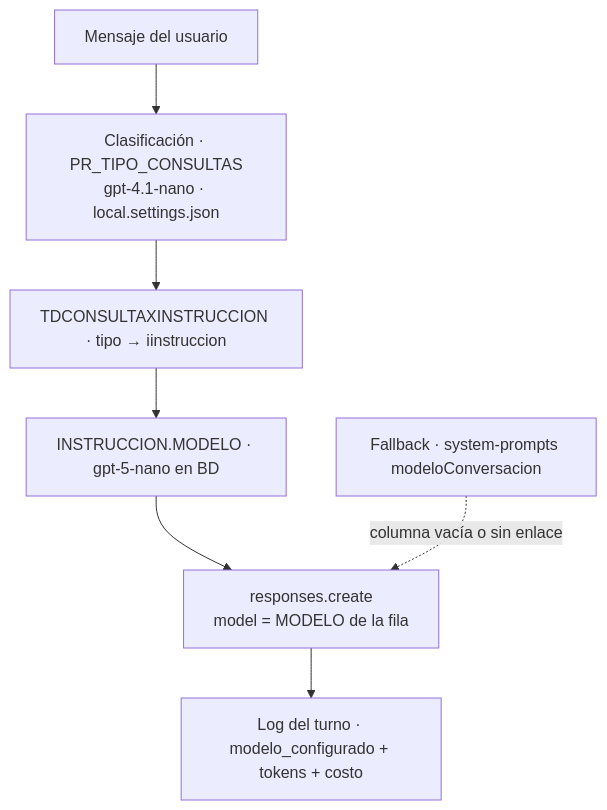
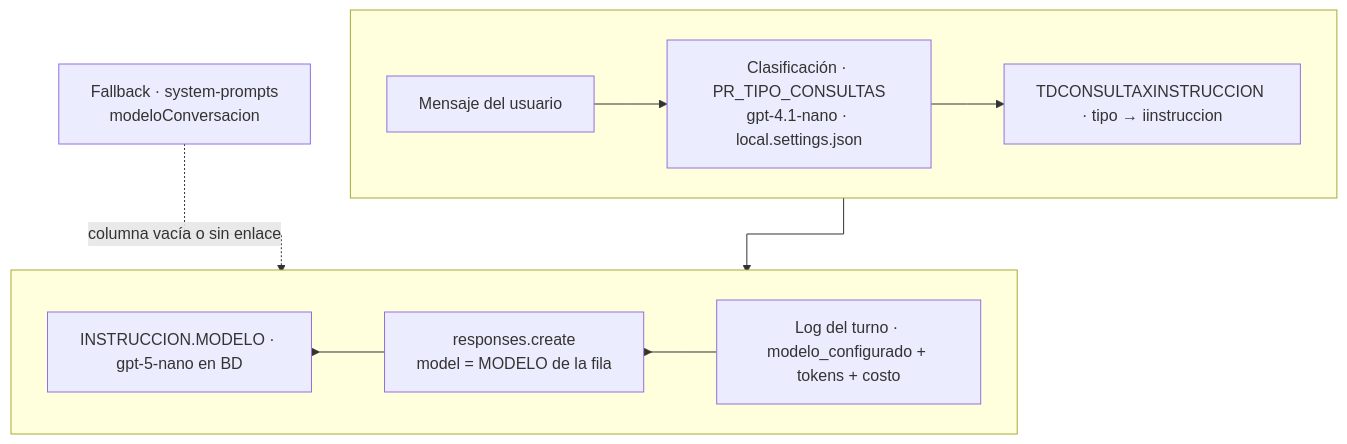
One commit to Dev-InSoft-web/ISA-DOC changed the diagram in src/lib/tickets/assets/TK-1431662/tk1431662-fases-modelo.mmd. Above: the diagram before and after it, drawn with Mermaid. The commit also changed 71 other files, not shown here.

```diff
--- a/src/lib/tickets/assets/TK-1431662/tk1431662-fases-modelo.mmd
+++ b/src/lib/tickets/assets/TK-1431662/tk1431662-fases-modelo.mmd
@@ -1,8 +1,17 @@
+%%{init: {"flowchart": {"curve": "stepAfter", "htmlLabels": true, "nodeSpacing": 40, "rankSpacing": 48, "padding": 16}}}%%
 flowchart TB
-  U[Mensaje del usuario] --> CL[Clasificación · PR_TIPO_CONSULTAS<br/>gpt-4.1-nano · local.settings.json]
-  CL --> REL[TDCONSULTAXINSTRUCCION · tipo → iinstruccion]
-  REL --> MOD[INSTRUCCION.MODELO · gpt-5-nano en BD]
-  MOD --> REQ[responses.create<br/>model = MODELO de la fila]
-  REQ --> LOG[Log del turno · modelo_configurado + tokens + costo]
+  subgraph r1[" "]
+    direction LR
+    U[Mensaje del usuario] --> CL[Clasificación · PR_TIPO_CONSULTAS<br/>gpt-4.1-nano · local.settings.json]
+    CL --> REL[TDCONSULTAXINSTRUCCION · tipo → iinstruccion]
+  end
 
-  FALL[Fallback · system-prompts modeloConversacion] -.->|columna vacía o sin enlace| REQ
+  subgraph r2[" "]
+    direction RL
+    LOG[Log del turno · modelo_configurado + tokens + costo]
+    LOG --> REQ[responses.create<br/>model = MODELO de la fila]
+    REQ --> MOD[INSTRUCCION.MODELO · gpt-5-nano en BD]
+  end
+
+  REL --> MOD
+  FALL[Fallback · system-prompts<br/>modeloConversacion] -.->|columna vacía o sin enlace| REQ
```
